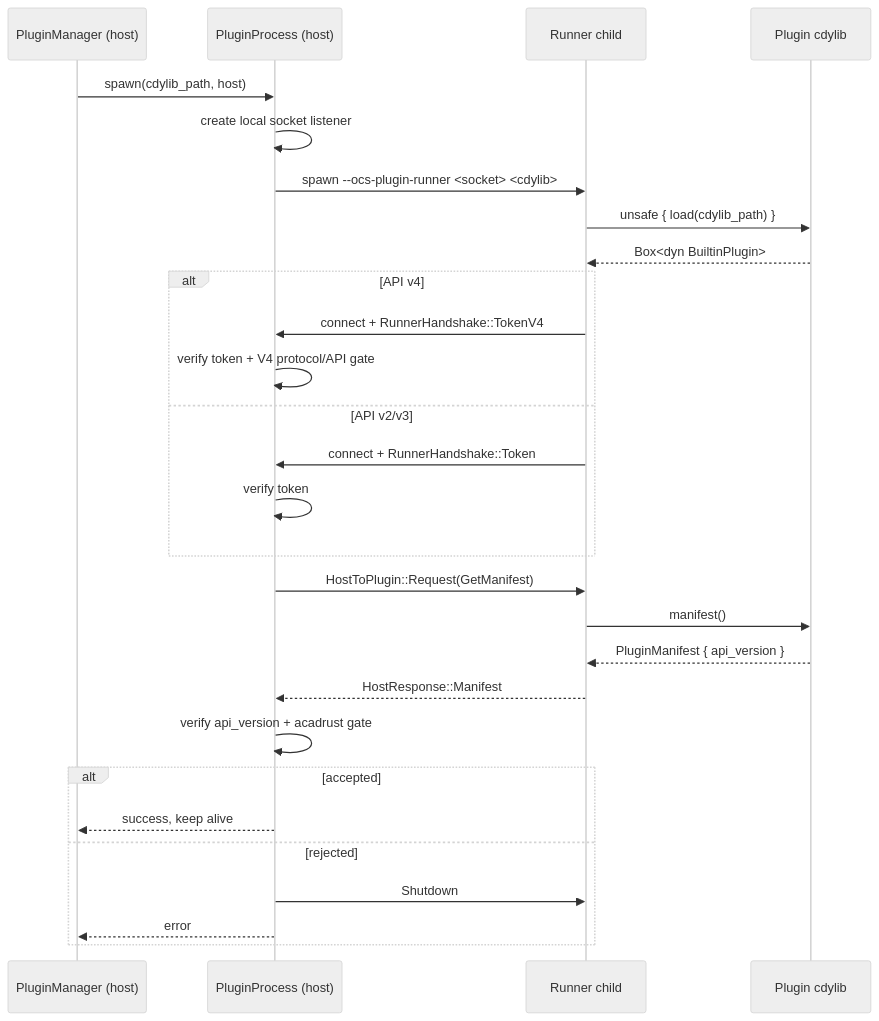
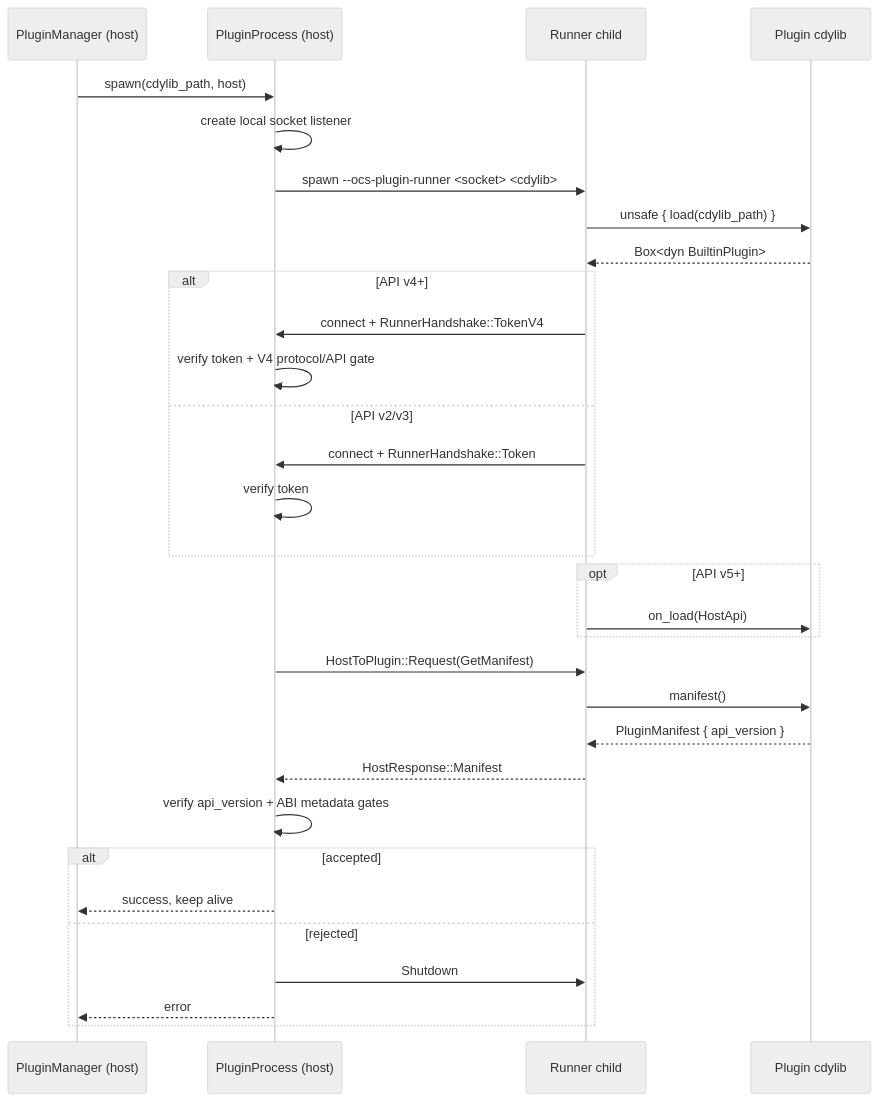
The first of 4 diagrams in crates/ocs_plugin_api/ARCHITECTURE.md (HakanSeven12/OpenCADStudio), drawn with Mermaid (neutral theme) before and after one commit. The commit also changed other lines of this file and 8 other files, not shown here.

First line of the commit message:
fix(plugins): gate on_load behind API v5

````diff
--- a/crates/ocs_plugin_api/ARCHITECTURE.md
+++ b/crates/ocs_plugin_api/ARCHITECTURE.md
@@ -63,31 +64,34 @@
 ```mermaid
 sequenceDiagram
     participant PM as PluginManager (host)
     participant PP as PluginProcess (host)
     participant R as Runner child
     participant L as Plugin cdylib
 
     PM->>PP: spawn(cdylib_path, host)
     PP->>PP: create local socket listener
     PP->>R: spawn --ocs-plugin-runner <socket> <cdylib>
     R->>L: unsafe { load(cdylib_path) }
     L-->>R: Box<dyn BuiltinPlugin>
-    alt API v4
+    alt API v4+
         R->>PP: connect + RunnerHandshake::TokenV4
         PP->>PP: verify token + V4 protocol/API gate
     else API v2/v3
         R->>PP: connect + RunnerHandshake::Token
         PP->>PP: verify token
     end
+    opt API v5+
+        R->>L: on_load(HostApi)
+    end
     PP->>R: HostToPlugin::Request(GetManifest)
     R->>L: manifest()
     L-->>R: PluginManifest { api_version }
     R-->>PP: HostResponse::Manifest
-    PP->>PP: verify api_version + acadrust gate
+    PP->>PP: verify api_version + ABI metadata gates
     alt accepted
         PP-->>PM: success, keep alive
     else rejected
         PP->>R: Shutdown
         PP-->>PM: error
     end
 ```
````
